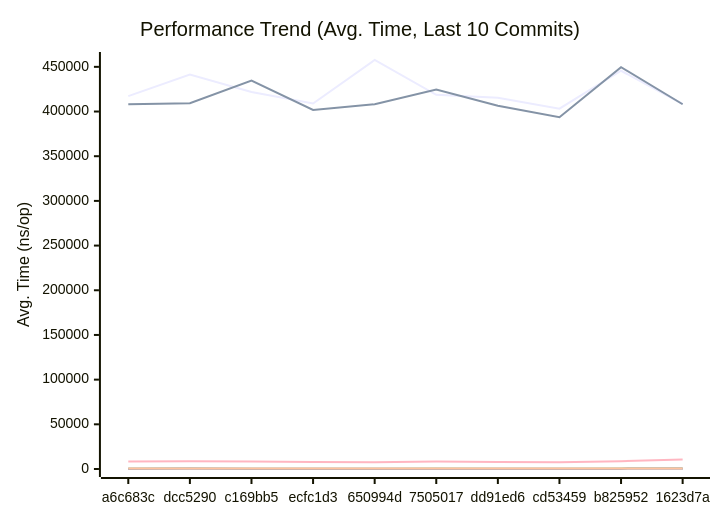
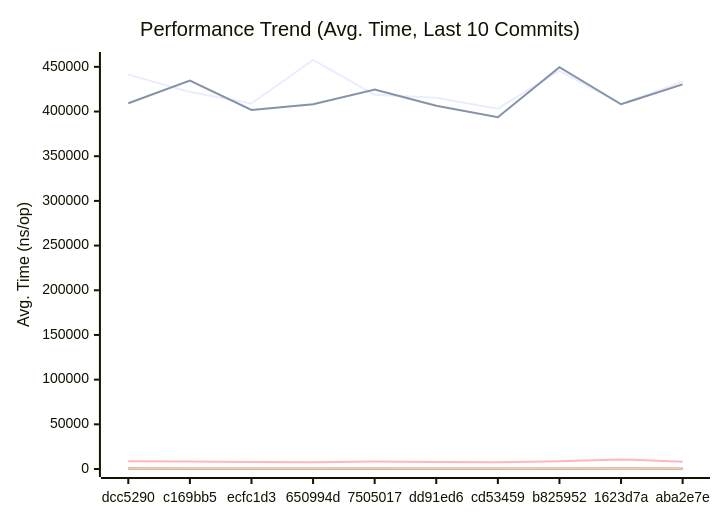
The first of 3 diagrams in docs/PERFORMANCE.md (alsotoes/momo), drawn with Mermaid before and after one commit. The commit also changed other lines of this file and 2 other files, not shown here.

````diff
--- a/docs/PERFORMANCE.md
+++ b/docs/PERFORMANCE.md
@@ -145,20 +145,20 @@
 ```mermaid
 xychart-beta
     title "Performance Trend (Avg. Time, Last 10 Commits)"
     x-axis "Commit"
     y-axis "Avg. Time (ns/op)"
-    x-axis [a6c683c,dcc5290,c169bb5,ecfc1d3,650994d,7505017,dd91ed6,cd53459,b825952,1623d7a]
-    line "AWSChunkedReaderSigned" [417284,441285,421825,408990,457655,418649,415373,403249,445617,408424]
-    line "AWSChunkedReaderUnsigned" [408069,409317,434524,401783,408115,424530,406436,393596,449617,408148]
-    line "CheckMetricsAndSwap" [8,8,8,8,8,8,7,8,8,9]
-    line "CrushOptimized" [305,316,338,304,306,309,294,287,358,356]
-    line "CrushOriginal" [425,445,417,407,394,422,407,389,441,568]
+    x-axis [dcc5290,c169bb5,ecfc1d3,650994d,7505017,dd91ed6,cd53459,b825952,1623d7a,aba2e7e]
+    line "AWSChunkedReaderSigned" [441285,421825,408990,457655,418649,415373,403249,445617,408424,433346]
+    line "AWSChunkedReaderUnsigned" [409317,434524,401783,408115,424530,406436,393596,449617,408148,430389]
+    line "CheckMetricsAndSwap" [8,8,8,8,8,7,8,8,9,8]
+    line "CrushOptimized" [316,338,304,306,309,294,287,358,356,303]
+    line "CrushOriginal" [445,417,407,394,422,407,389,441,568,411]
     line "IndexDirectTracking" [0,0,0,0,0,0,0,0,0,0]
-    line "IndexSearch" [2,2,2,2,2,2,2,1,1,2]
-    line "LoadGlobalConfig" [8368,8771,8344,7742,7670,8319,7911,7590,8718,10767]
-    line "PadString" [40,45,41,40,38,40,39,36,44,55]
+    line "IndexSearch" [2,2,2,2,2,2,1,1,2,2]
+    line "LoadGlobalConfig" [8771,8344,7742,7670,8319,7911,7590,8718,10767,8040]
+    line "PadString" [45,41,40,38,40,39,36,44,55,40]
     line "ParseReplicationOrder_NoPrealloc" [350,349,357,354,345,225,229,165,232,234]
     line "ParseReplicationOrder_Prealloc" [229,231,237,234,229,108,107,80,110,109]
-    line "SanitizeLog/Safe" [419,504,229,396,398,416,401,396,419,499]
-    line "SanitizeLog/Unsafe" [506,501,678,514,487,506,541,482,602,485]
+    line "SanitizeLog/Safe" [504,229,396,398,416,401,396,419,499,416]
+    line "SanitizeLog/Unsafe" [501,678,514,487,506,541,482,602,485,511]
 ```
````
